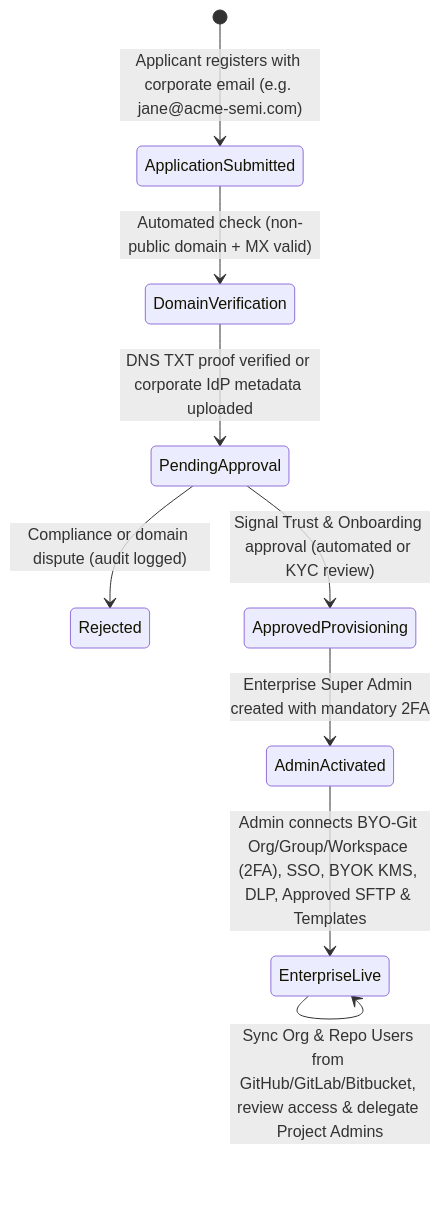
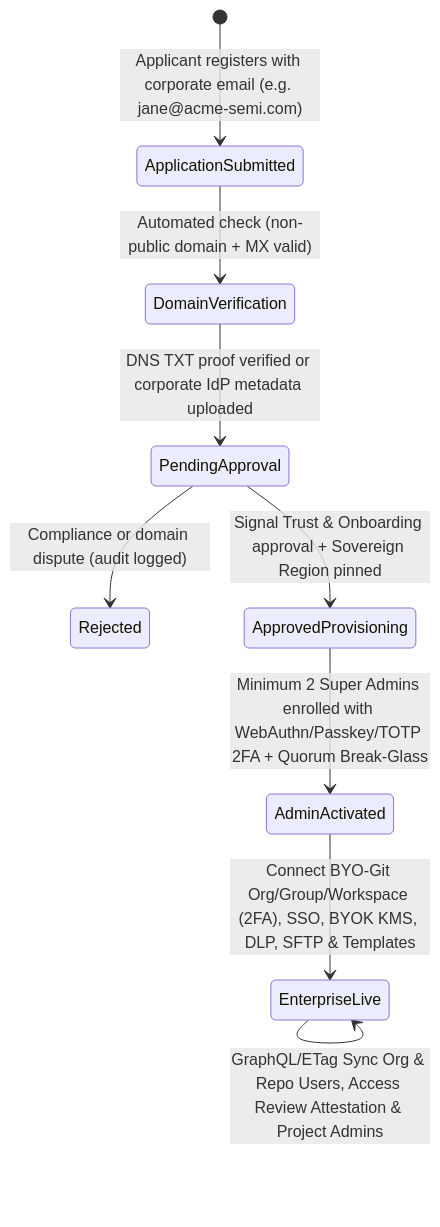
One commit to the-code-master/signal changed the first of 2 diagrams in architecture/08-identity-enterprise-and-project-model.md. Above: the diagram before and after it, drawn with Mermaid. The commit also changed other lines of this file and 22 other files, not shown here.

Commit message:
docs: resolve 112 architectural flaws, add 12 futuristic AI-EDA innovations, and complete 2-pass scrub

````diff
--- a/architecture/08-identity-enterprise-and-project-model.md
+++ b/architecture/08-identity-enterprise-and-project-model.md
@@ -21,11 +22,11 @@
 ```mermaid
 stateDiagram-v2
     [*] --> ApplicationSubmitted: Applicant registers with corporate email (e.g. jane@acme-semi.com)
     ApplicationSubmitted --> DomainVerification: Automated check (non-public domain + MX valid)
     DomainVerification --> PendingApproval: DNS TXT proof verified or corporate IdP metadata uploaded
     PendingApproval --> Rejected: Compliance or domain dispute (audit logged)
-    PendingApproval --> ApprovedProvisioning: Signal Trust & Onboarding approval (automated or KYC review)
-    ApprovedProvisioning --> AdminActivated: Enterprise Super Admin created with mandatory 2FA
-    AdminActivated --> EnterpriseLive: Admin connects BYO-Git Org/Group/Workspace (2FA), SSO, BYOK KMS, DLP, Approved SFTP & Templates
-    EnterpriseLive --> EnterpriseLive: Sync Org & Repo Users from GitHub/GitLab/Bitbucket, review access & delegate Project Admins
+    PendingApproval --> ApprovedProvisioning: Signal Trust & Onboarding approval + Sovereign Region pinned
+    ApprovedProvisioning --> AdminActivated: Minimum 2 Super Admins enrolled with WebAuthn/Passkey/TOTP 2FA + Quorum Break-Glass
+    AdminActivated --> EnterpriseLive: Connect BYO-Git Org/Group/Workspace (2FA), SSO, BYOK KMS, DLP, SFTP & Templates
+    EnterpriseLive --> EnterpriseLive: GraphQL/ETag Sync Org & Repo Users, Access Review Attestation & Project Admins
 ```
````
